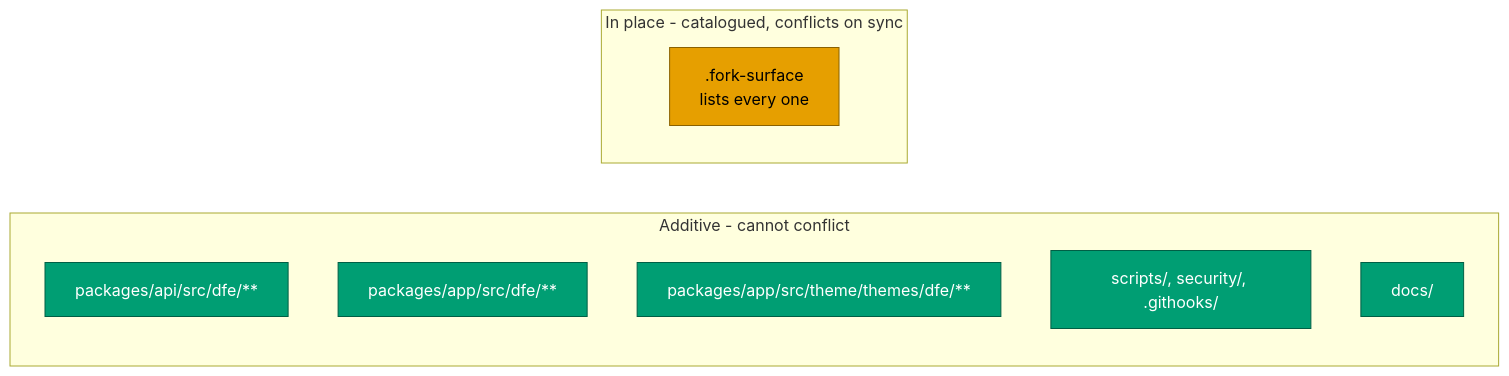
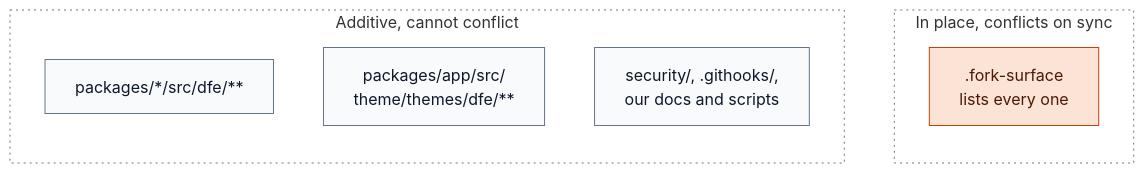
Before and after one commit to hyperi-io/dfe-hyperdx: the diagram in docs/fork/what-we-changed.md, drawn with Mermaid. The commit also changed other lines of this file and 24 other files, not shown here.

First line of the commit message:
docs(hyperdx): fix claims and redraw the fork docs diagrams

````diff
--- a/docs/fork/what-we-changed.md
+++ b/docs/fork/what-we-changed.md
@@ -44,19 +47,25 @@
 ```mermaid
 flowchart LR
-    subgraph additive["Additive - cannot conflict"]
-        api["packages/api/src/dfe/**"]
-        app["packages/app/src/dfe/**"]
-        theme["packages/app/src/theme/themes/dfe/**"]
-        tools["scripts/, security/, .githooks/"]
-        docs["docs/"]
+    accTitle: L4 Detail -- Where our code lives
+    accDescr: Additive paths, the api, app and common-utils dfe directories, the dfe theme, the security and githooks directories, and our docs and scripts, cannot conflict. In-place edits to upstream files conflict on a sync, and .fork-surface lists every one.
+
+    subgraph additive["Additive, cannot conflict"]
+        direction TB
+        dfedirs["packages/*/src/dfe/**"]
+        theme["packages/app/src/<br/>theme/themes/dfe/**"]
+        tools["security/, .githooks/,<br/>our docs and scripts"]
     end
 
-    subgraph inplace["In place - catalogued, conflicts on sync"]
+    subgraph inplace["In place, conflicts on sync"]
+        direction TB
         surface[".fork-surface<br/>lists every one"]
     end
 
-    classDef safe fill:#009E73,stroke:#005f45,color:#ffffff
-    classDef risk fill:#E69F00,stroke:#8a6100,color:#000000
-    class api,app,theme,tools,docs safe
-    class surface risk
+    additive ~~~ inplace
+
+    classDef default fill:#F8FAFC,stroke:#64748B,stroke-width:1px,color:#0F172A
+    classDef error fill:#FBE3D6,stroke:#C2410C,stroke-width:1px,color:#4A1A05
+    classDef group fill:none,stroke:#64748B,stroke-width:1px,stroke-dasharray:2 4
+    class surface error
+    class additive,inplace group
 ```
````
